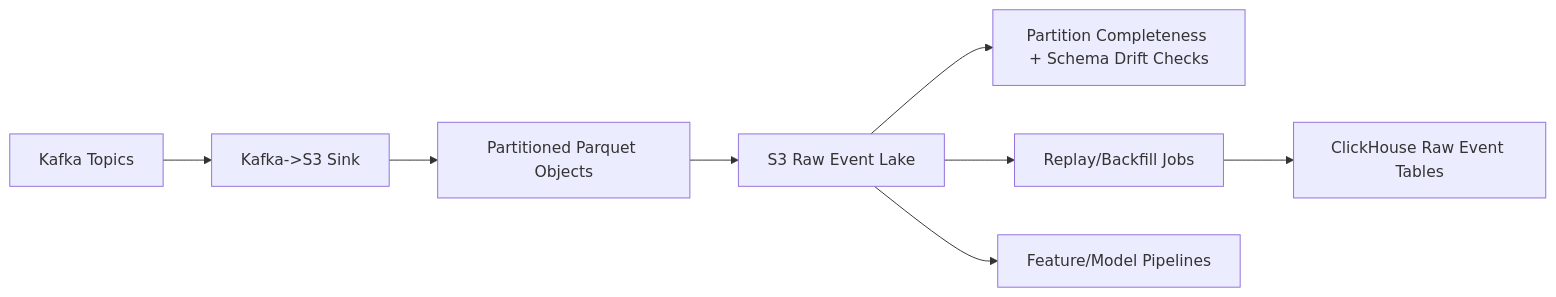
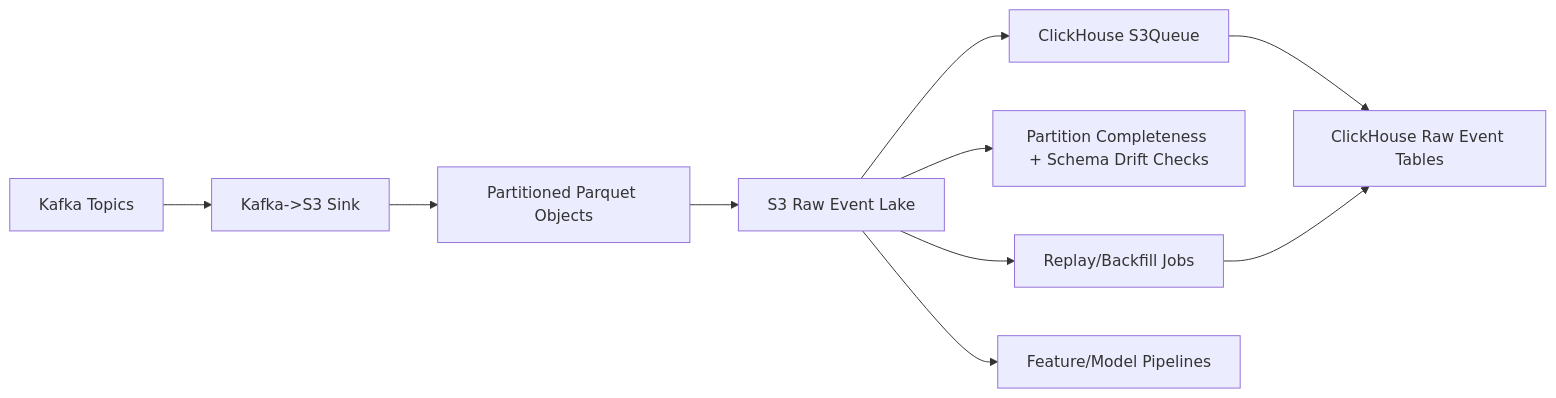
One commit to harshavardhan-99/-SQL-Engine- changed the diagram in docs/lld/03-s3-event-lake-lld.md. Above: the diagram before and after it, drawn with Mermaid. The commit also changed other lines of this file and 6 other files, not shown here.

Commit message:
Update architecture docs for S3Queue consistency-first ingestion

````diff
--- a/docs/lld/03-s3-event-lake-lld.md
+++ b/docs/lld/03-s3-event-lake-lld.md
@@ -30,10 +31,12 @@
 ```mermaid
 flowchart LR
   Kafka["Kafka Topics"] --> Sink["Kafka->S3 Sink"]
   Sink --> Partitioned["Partitioned Parquet Objects"]
   Partitioned --> S3["S3 Raw Event Lake"]
+  S3 --> S3Q["ClickHouse S3Queue"]
+  S3Q --> CHRaw["ClickHouse Raw Event Tables"]
   S3 --> DQ["Partition Completeness + Schema Drift Checks"]
   S3 --> Replay["Replay/Backfill Jobs"]
-  Replay --> CHRaw["ClickHouse Raw Event Tables"]
+  Replay --> CHRaw
   S3 --> ML["Feature/Model Pipelines"]
 ```
````
